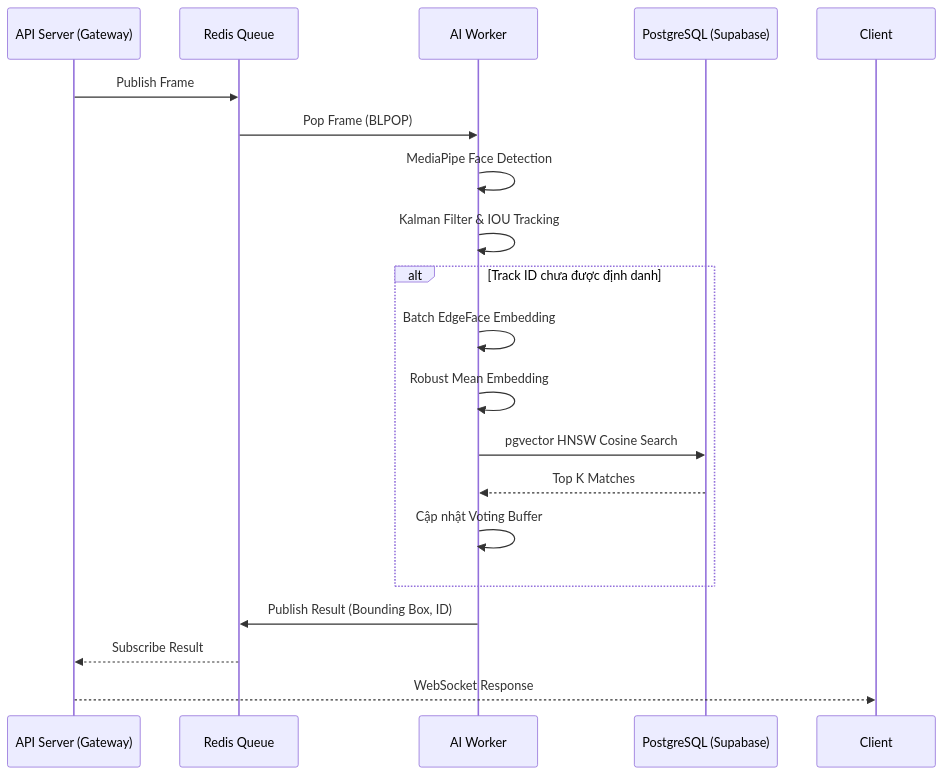
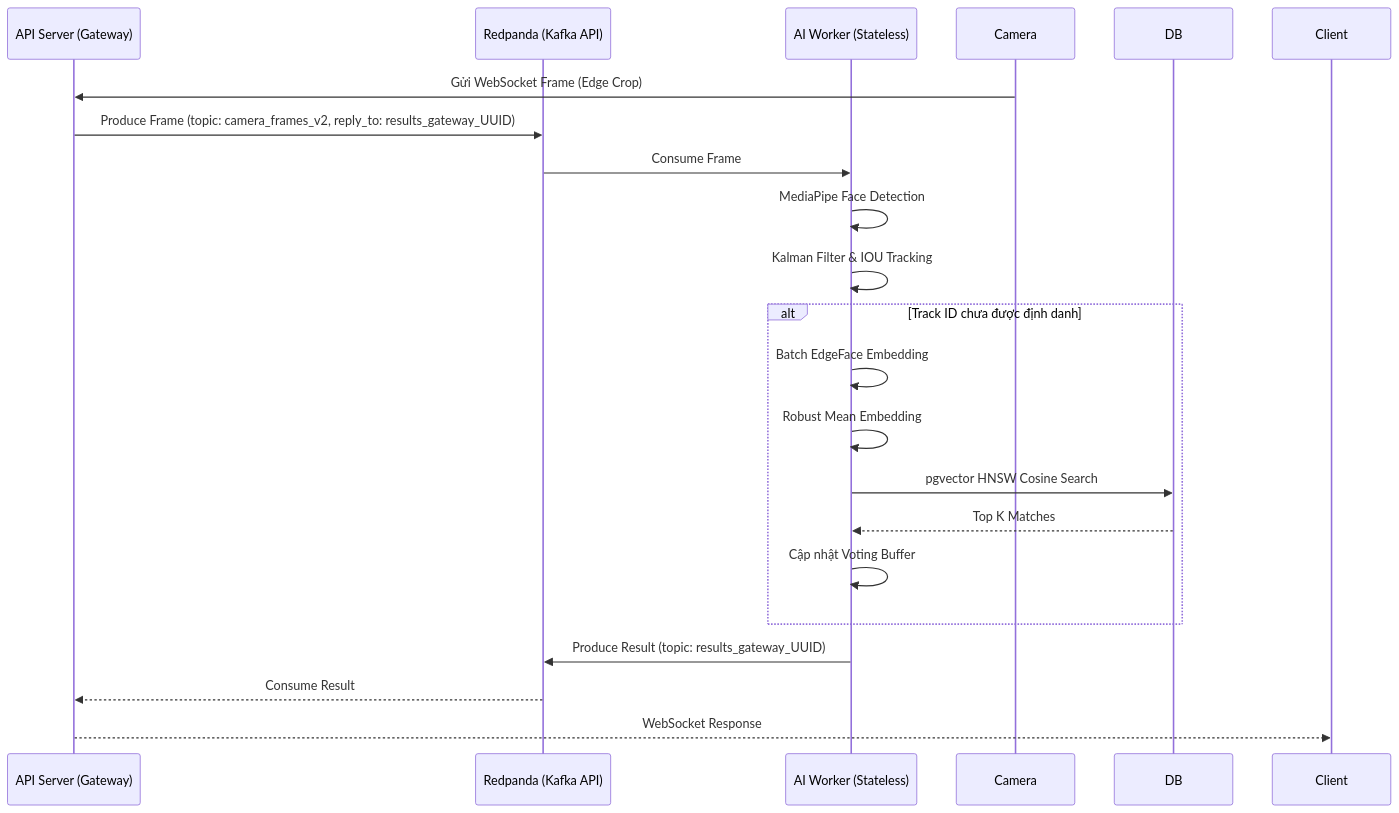
The diagram in docs/ai_pipeline.md (hotrungtruc/CustomerLens), drawn with Mermaid before and after one commit. The commit also changed other lines of this file and 21 other files, not shown here.

````diff
--- a/docs/ai_pipeline.md
+++ b/docs/ai_pipeline.md
@@ -49,24 +49,24 @@
 ```mermaid
 sequenceDiagram
     participant API as API Server (Gateway)
-    participant Redis as Redis Queue
-    participant Worker as AI Worker
-    participant DB as PostgreSQL (Supabase)
+    participant Kafka as Redpanda (Kafka API)
+    participant Worker as AI Worker (Stateless)
 
-    API->>Redis: Publish Frame
-    Redis->>Worker: Pop Frame (BLPOP)
+    Camera->>API: Gửi WebSocket Frame (Edge Crop)
+    API->>Kafka: Produce Frame (topic: camera_frames_v2, reply_to: results_gateway_UUID)
+    Kafka->>Worker: Consume Frame
     Worker->>Worker: MediaPipe Face Detection
     Worker->>Worker: Kalman Filter & IOU Tracking
     
     alt Track ID chưa được định danh
         Worker->>Worker: Batch EdgeFace Embedding
         Worker->>Worker: Robust Mean Embedding
         Worker->>DB: pgvector HNSW Cosine Search
         DB-->>Worker: Top K Matches
         Worker->>Worker: Cập nhật Voting Buffer
     end
     
-    Worker->>Redis: Publish Result (Bounding Box, ID)
-    Redis-->>API: Subscribe Result
+    Worker->>Kafka: Produce Result (topic: results_gateway_UUID)
+    Kafka-->>API: Consume Result
     API-->>Client: WebSocket Response
 ```
````
